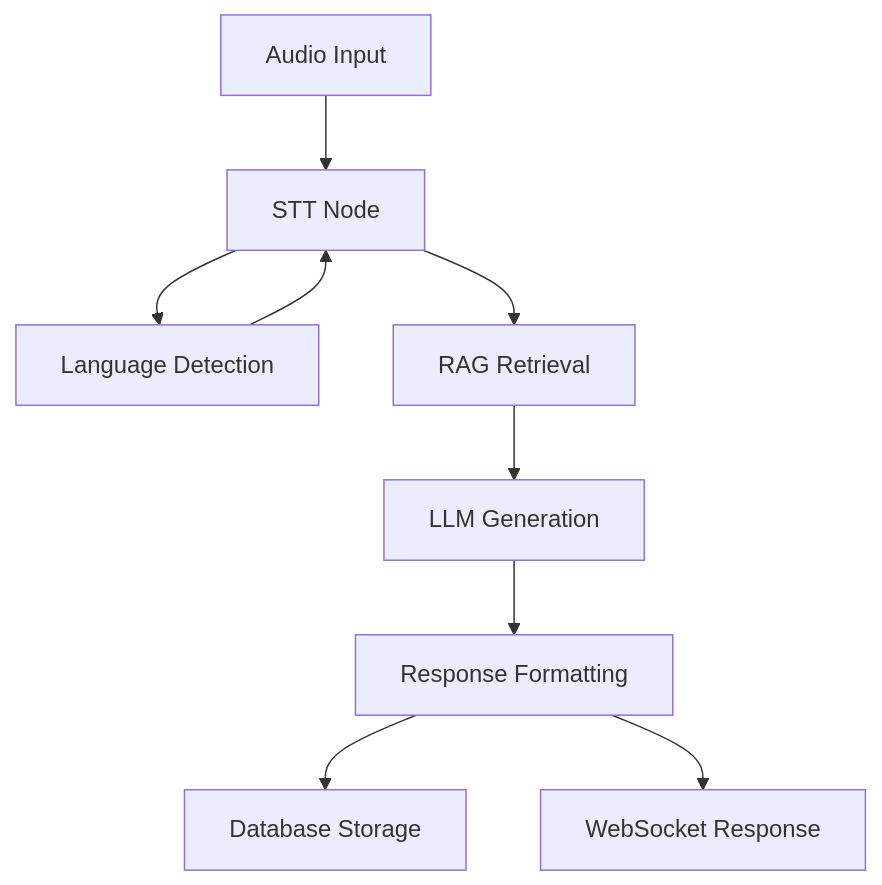
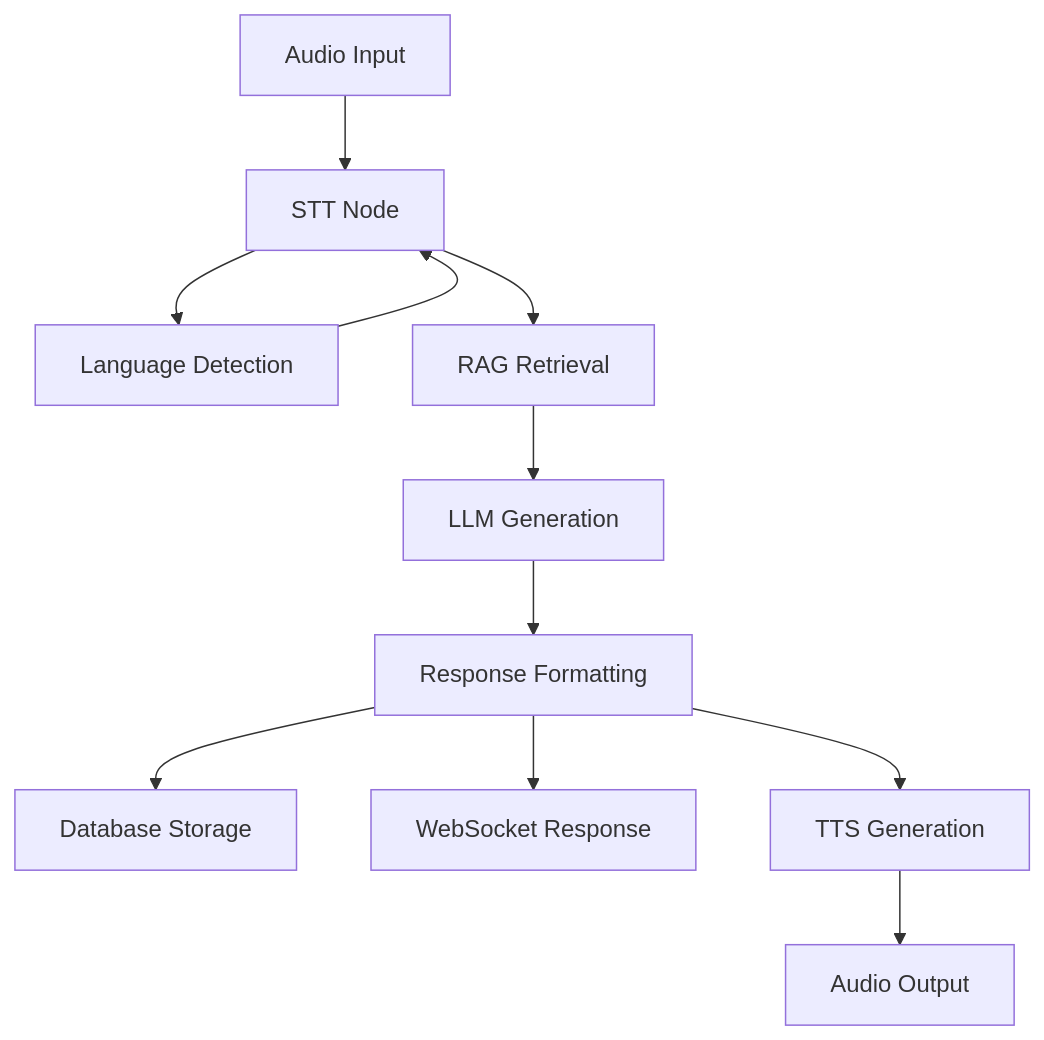
Before and after one commit to prasannaarjun/Kisan_AI: the diagram in README.md, drawn with Mermaid. The commit also changed other lines of this file, not shown here.

````diff
--- a/README.md
+++ b/README.md
@@ -181,11 +292,13 @@
 ```mermaid
 graph TD
     A[Audio Input] --> B[STT Node]
     B --> C[Language Detection]
     B --> D[RAG Retrieval]
     D --> E[LLM Generation]
     C --> B
     E --> F[Response Formatting]
     F --> G[Database Storage]
     F --> H[WebSocket Response]
+    F --> I[TTS Generation]
+    I --> J[Audio Output]
 ```
````
